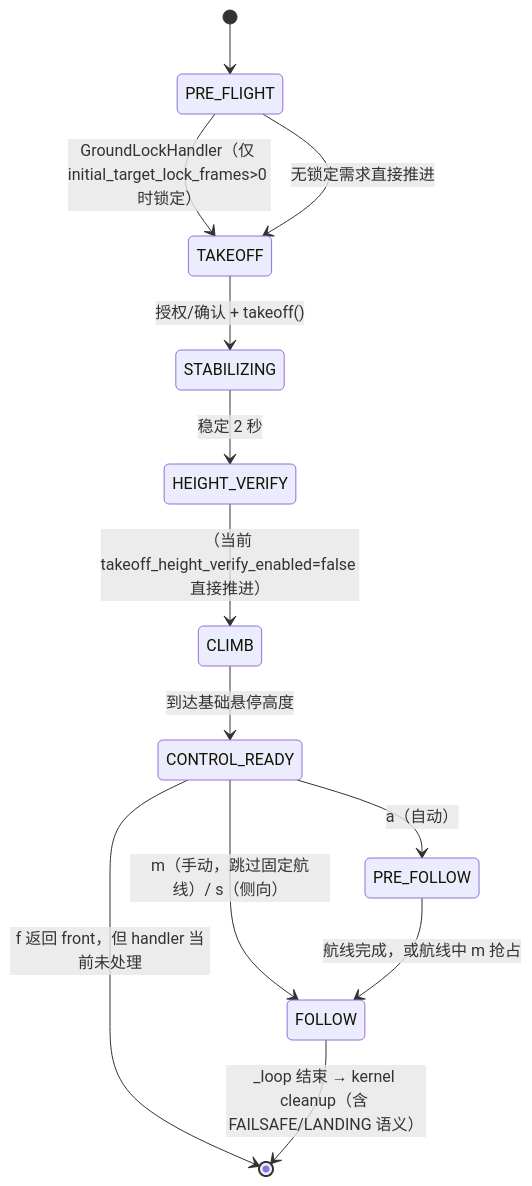
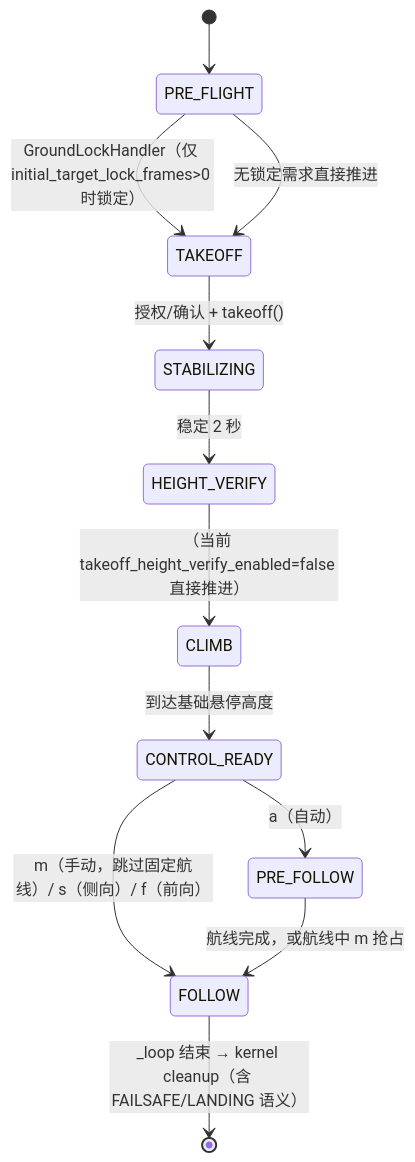
One commit to player-Muteki/PhantomFilmer changed the second of 3 diagrams in docs/02-系统架构与生命周期.md. Above: the diagram before and after it, drawn with Mermaid. The commit also changed other lines of this file and 20 other files, not shown here.

````diff
--- a/docs/02-系统架构与生命周期.md
+++ b/docs/02-系统架构与生命周期.md
@@ -99,15 +99,14 @@
 ```mermaid
 stateDiagram-v2
     [*] --> PRE_FLIGHT
     PRE_FLIGHT --> TAKEOFF: GroundLockHandler（仅 initial_target_lock_frames>0 时锁定）
     PRE_FLIGHT --> TAKEOFF: 无锁定需求直接推进
     TAKEOFF --> STABILIZING: 授权/确认 + takeoff()
     STABILIZING --> HEIGHT_VERIFY: 稳定 2 秒
     HEIGHT_VERIFY --> CLIMB: （当前 takeoff_height_verify_enabled=false 直接推进）
     CLIMB --> CONTROL_READY: 到达基础悬停高度
-    CONTROL_READY --> FOLLOW: m（手动，跳过固定航线）/ s（侧向）
+    CONTROL_READY --> FOLLOW: m（手动，跳过固定航线）/ s（侧向）/ f（前向）
     CONTROL_READY --> PRE_FOLLOW: a（自动）
-    CONTROL_READY --> [*]: f 返回 front，但 handler 当前未处理
     PRE_FOLLOW --> FOLLOW: 航线完成，或航线中 m 抢占
     FOLLOW --> [*]: _loop 结束 → kernel cleanup（含 FAILSAFE/LANDING 语义）
 ```
````
